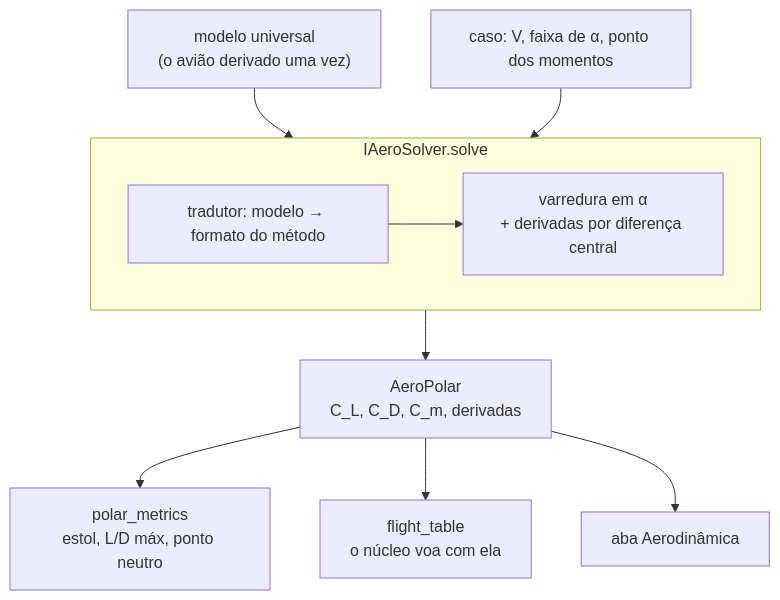
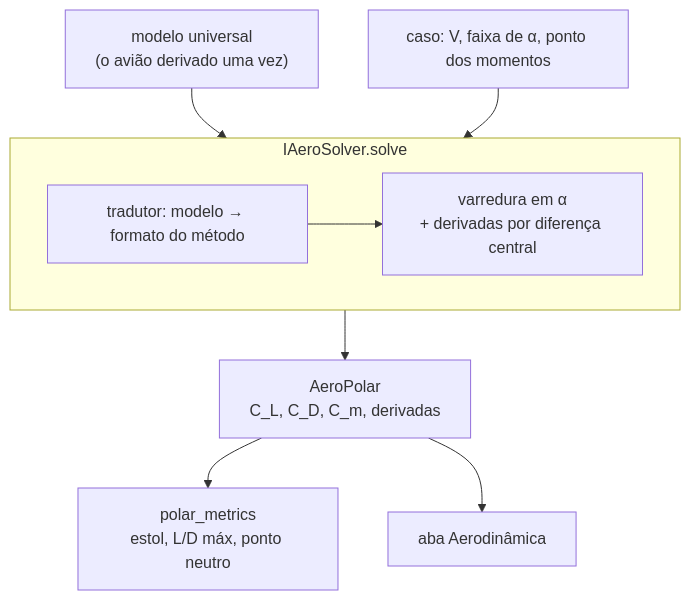
The diagram in aerosim/aero/README.md (vitordallolivo/AircraftSimulation), drawn with Mermaid before and after one commit. The commit also changed other lines of this file and 77 other files, not shown here.

````diff
--- a/aerosim/aero/README.md
+++ b/aerosim/aero/README.md
@@ -13,12 +12,11 @@
 ```mermaid
 flowchart TB
     M["modelo universal<br/>(o avião derivado uma vez)"] --> S
     C["caso: V, faixa de α, ponto dos momentos"] --> S
     subgraph S["IAeroSolver.solve"]
         T["tradutor: modelo → formato do método"] --> R["varredura em α<br/>+ derivadas por diferença central"]
     end
     S --> P["AeroPolar<br/>C_L, C_D, C_m, derivadas"]
     P --> MT["polar_metrics<br/>estol, L/D máx, ponto neutro"]
-    P --> FT["flight_table<br/>o núcleo voa com ela"]
     P --> GUI["aba Aerodinâmica"]
 ```
````
